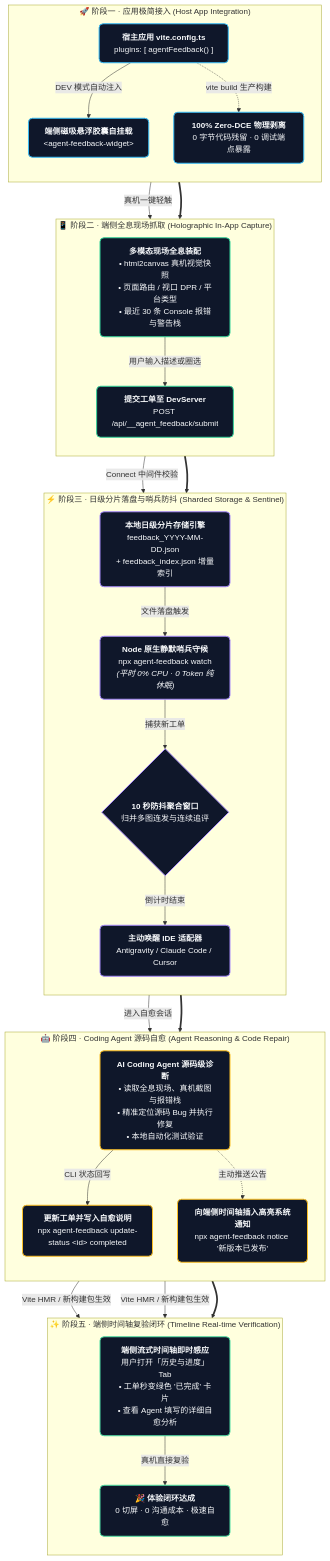
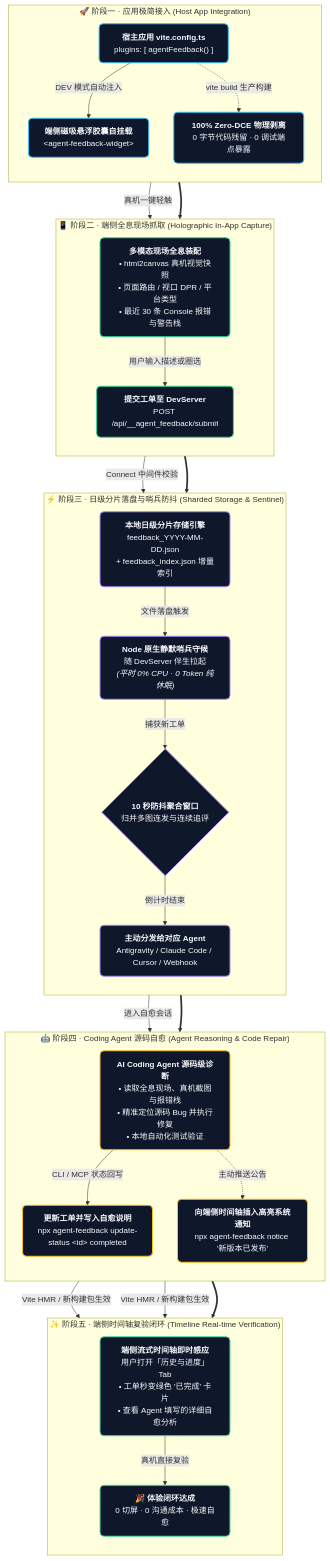
One commit to lylyuanliang/agent-feedback changed the first of 2 diagrams in README.md. Above: the diagram before and after it, drawn with Mermaid. The commit also changed other lines of this file and 2 other files, not shown here.

Commit message:
docs: 重构开源文档架构体系并落地多 Agent 配置配方库

````diff
--- a/README.md
+++ b/README.md
@@ -59,52 +57,52 @@
 ```mermaid
 flowchart TD
     subgraph P1 ["🚀 阶段一 · 应用极简接入 (Host App Integration)"]
         direction TB
         A["<b>宿主应用 vite.config.ts</b><br/>plugins: [ agentFeedback() ]"] -->|DEV 模式自动注入| B["<b>端侧磁吸悬浮胶囊自挂载</b><br/>&lt;agent-feedback-widget&gt;"]
         A -.->|vite build 生产构建| B2["<b>100% Zero-DCE 物理剥离</b><br/>0 字节代码残留 · 0 调试端点暴露"]
     end
 
     subgraph P2 ["📱 阶段二 · 端侧全息现场抓取 (Holographic In-App Capture)"]
         direction TB
         B -->|真机一键轻触| C["<b>多模态现场全息装配</b><br/>• html2canvas 真机视觉快照<br/>• 页面路由 / 视口 DPR / 平台类型<br/>• 最近 30 条 Console 报错与警告栈"]
         C -->|用户输入描述或圈选| D["<b>提交工单至 DevServer</b><br/>POST /api/__agent_feedback/submit"]
     end
 
     subgraph P3 ["⚡ 阶段三 · 日级分片落盘与哨兵防抖 (Sharded Storage & Sentinel)"]
         direction TB
         D -->|Connect 中间件校验| E["<b>本地日级分片存储引擎</b><br/>feedback_YYYY-MM-DD.json<br/>+ feedback_index.json 增量索引"]
-        E -->|文件落盘触发| F["<b>Node 原生静默哨兵守候</b><br/>npx agent-feedback watch<br/><i>(平时 0% CPU · 0 Token 纯休眠)</i>"]
+        E -->|文件落盘触发| F["<b>Node 原生静默哨兵守候</b><br/>随 DevServer 伴生拉起<br/><i>(平时 0% CPU · 0 Token 纯休眠)</i>"]
         F -->|捕获新工单| G{"<b>10 秒防抖聚合窗口</b><br/>归并多图连发与连续追评"}
-        G -->|倒计时结束| H["<b>主动唤醒 IDE 适配器</b><br/>Antigravity / Claude Code / Cursor"]
+        G -->|倒计时结束| H["<b>主动分发给对应 Agent</b><br/>Antigravity / Claude Code / Cursor / Webhook"]
     end
 
     subgraph P4 ["🤖 阶段四 · Coding Agent 源码自愈 (Agent Reasoning & Code Repair)"]
         direction TB
         H -->|进入自愈会话| I["<b>AI Coding Agent 源码级诊断</b><br/>• 读取全息现场、真机截图与报错栈<br/>• 精准定位源码 Bug 并执行修复<br/>• 本地自动化测试验证"]
-        I -->|CLI 状态回写| J["<b>更新工单并写入自愈说明</b><br/>npx agent-feedback update-status &lt;id&gt; completed"]
+        I -->|CLI / MCP 状态回写| J["<b>更新工单并写入自愈说明</b><br/>npx agent-feedback update-status &lt;id&gt; completed"]
         I -.->|主动推送公告| J2["<b>向端侧时间轴插入高亮系统通知</b><br/>npx agent-feedback notice '新版本已发布'"]
     end
 
     subgraph P5 ["✨ 阶段五 · 端侧时间轴复验闭环 (Timeline Real-time Verification)"]
         direction TB
         J & J2 -->|Vite HMR / 新构建包生效| K["<b>端侧流式时间轴即时感应</b><br/>用户打开「历史与进度」Tab<br/>• 工单秒变绿色 '已完成' 卡片<br/>• 查看 Agent 填写的详细自愈分析"]
         K -->|真机直接复验| L["<b>🎉 体验闭环达成</b><br/>0 切屏 · 0 沟通成本 · 极速自愈"]
     end
 
     P1 ==> P2
     P2 ==> P3
     P3 ==> P4
     P4 ==> P5
 
     classDef p1Style fill:#0f172a,stroke:#38bdf8,stroke-width:2px,color:#f8fafc,rx:8px,ry:8px;
     classDef p2Style fill:#0f172a,stroke:#34d399,stroke-width:2px,color:#f8fafc,rx:8px,ry:8px;
     classDef p3Style fill:#0f172a,stroke:#a78bfa,stroke-width:2px,color:#f8fafc,rx:8px,ry:8px;
     classDef p4Style fill:#0f172a,stroke:#fbbf24,stroke-width:2px,color:#f8fafc,rx:8px,ry:8px;
     classDef p5Style fill:#0f172a,stroke:#4edea3,stroke-width:2px,color:#f8fafc,rx:8px,ry:8px;
 
     class A,B,B2 p1Style;
     class C,D p2Style;
     class E,F,G,H p3Style;
     class I,J,J2 p4Style;
     class K,L p5Style;
 ```
````
